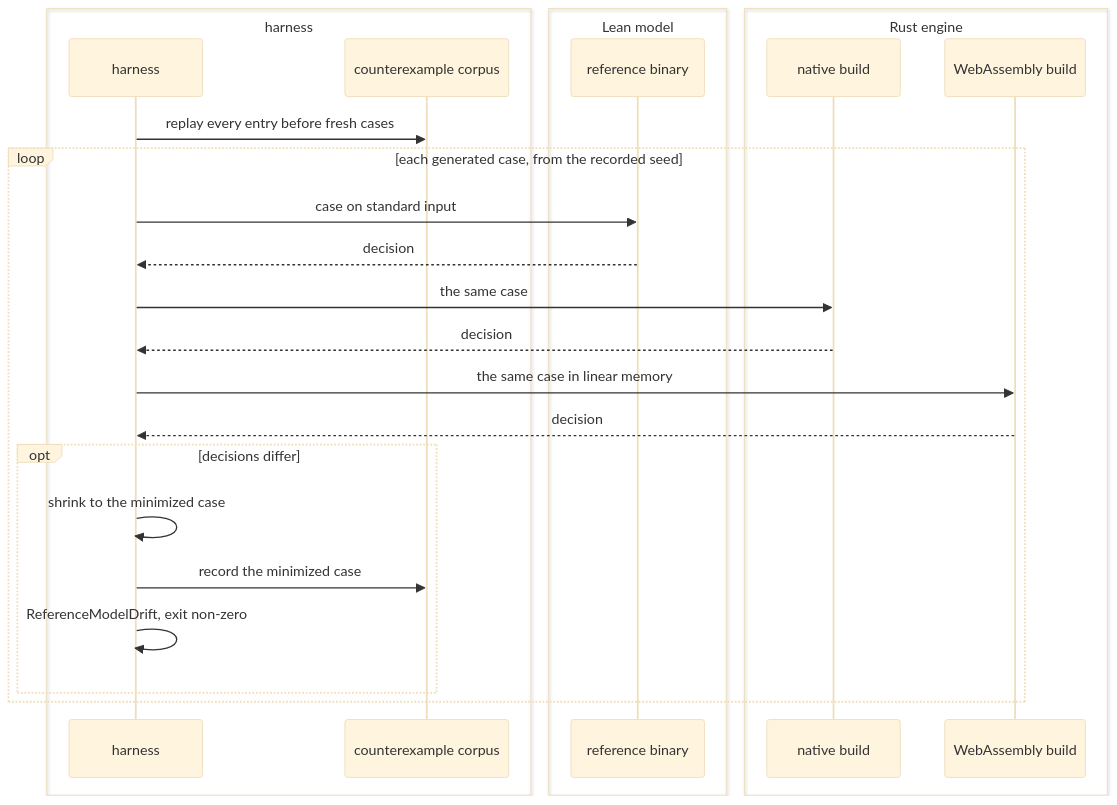
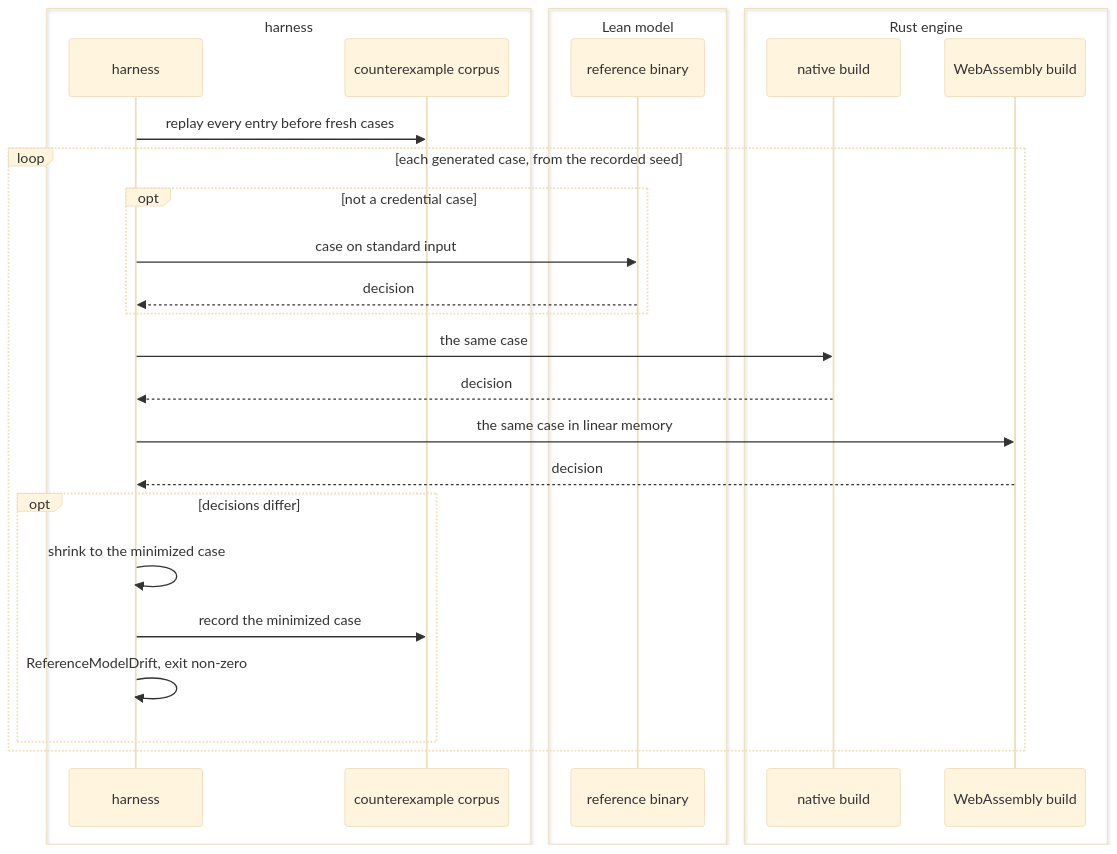
One commit to fractalboxdev/contextful changed the third of 3 diagrams in spec/80-formal.md. Above: the diagram before and after it, drawn with Mermaid (base theme). The commit also changed other lines of this file and 20 other files, not shown here.

````diff
--- a/spec/80-formal.md
+++ b/spec/80-formal.md
@@ -237,28 +239,30 @@
 ```mermaid
 sequenceDiagram
     box harness
         participant H as harness
         participant K as counterexample corpus
     end
     box Lean model
         participant R as reference binary
     end
     box Rust engine
         participant E as native build
         participant W as WebAssembly build
     end
     H->>K: replay every entry before fresh cases
     loop each generated case, from the recorded seed
-        H->>R: case on standard input
-        R-->>H: decision
+        opt not a credential case
+            H->>R: case on standard input
+            R-->>H: decision
+        end
         H->>E: the same case
         E-->>H: decision
         H->>W: the same case in linear memory
         W-->>H: decision
         opt decisions differ
             H->>H: shrink to the minimized case
             H->>K: record the minimized case
             H->>H: ReferenceModelDrift, exit non-zero
         end
     end
 ```
````
